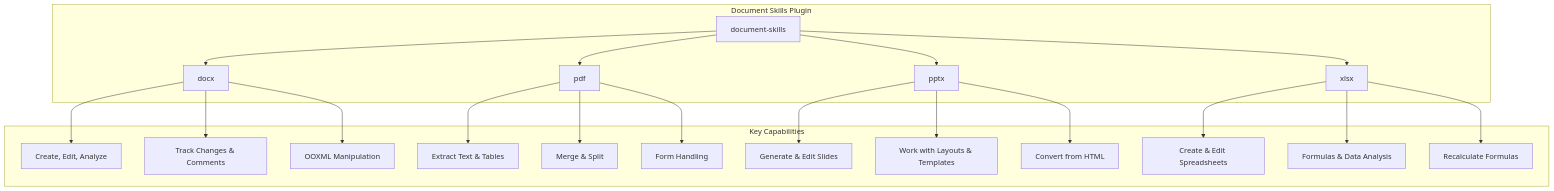
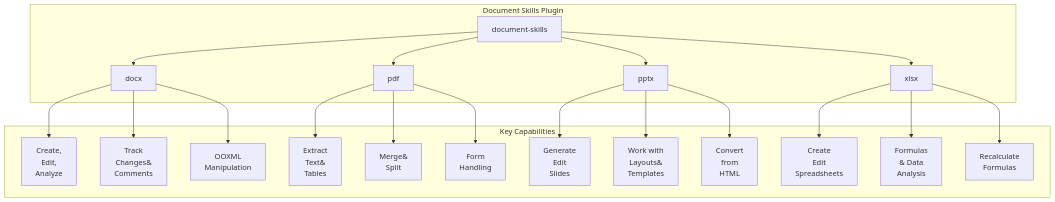
Before and after one commit to maximalfocus/maximalfocus.github.io: the fourth of 4 diagrams in content/2025/10/2025-10-20-anthropic-skills.md, drawn with Mermaid. The commit also changed other lines of this file, not shown here.

Commit message:
Formatting

````diff
--- a/content/2025/10/2025-10-20-anthropic-skills.md
+++ b/content/2025/10/2025-10-20-anthropic-skills.md
@@ -93,27 +95,27 @@
 ```mermaid
 graph TD
     subgraph Document Skills Plugin
         A[document-skills] --> B[docx];
         A --> C[pdf];
         A --> D[pptx];
         A --> E[xlsx];
     end
 
     subgraph Key Capabilities
-        B --> B1[Create, Edit, Analyze];
-        B --> B2[Track Changes & Comments];
-        B --> B3[OOXML Manipulation];
+        B --> B1[Create,<br/>Edit,<br/>Analyze];
+        B --> B2[Track<br/>Changes&<br/>Comments];
+        B --> B3[OOXML<br/>Manipulation];
 
-        C --> C1[Extract Text & Tables];
-        C --> C2[Merge & Split];
-        C --> C3[Form Handling];
+        C --> C1[Extract<br/>Text&<br/>Tables];
+        C --> C2[Merge&<br/>Split];
+        C --> C3[Form<br/>Handling];
 
-        D --> D1[Generate & Edit Slides];
-        D --> D2[Work with Layouts & Templates];
-        D --> D3[Convert from HTML];
+        D --> D1[Generate<br/>Edit<br/>Slides];
+        D --> D2[Work with<br/>Layouts&<br/>Templates];
+        D --> D3[Convert<br/>from<br/>HTML];
 
-        E --> E1[Create & Edit Spreadsheets];
-        E --> E2[Formulas & Data Analysis];
-        E --> E3[Recalculate Formulas];
+        E --> E1[Create<br/>Edit<br/>Spreadsheets];
+        E --> E2[Formulas<br/>& Data<br/>Analysis];
+        E --> E3[Recalculate<br/>Formulas];
     end
 ```
````
